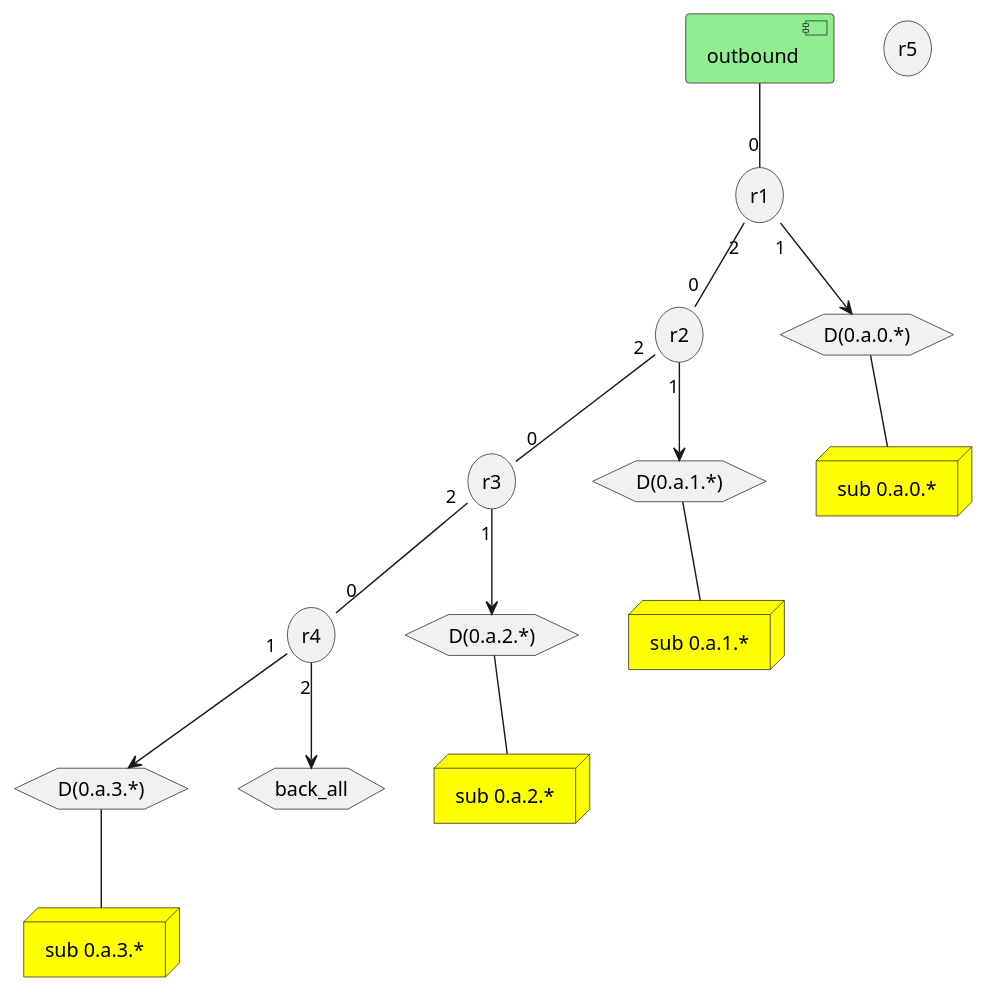
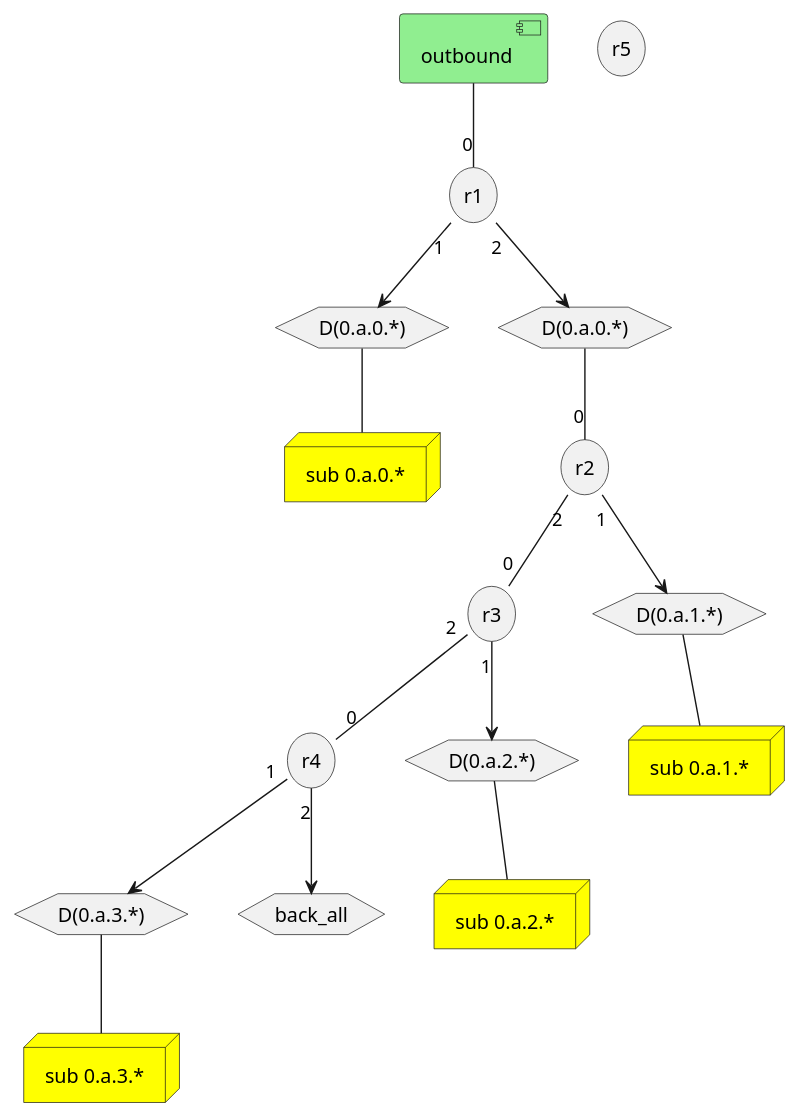
One commit to ogawa-atali/network changed the diagram in subnet-0axx.pu. Above: the diagram before and after it, drawn with PlantUML.

Commit message:
added backtrack from 0a0x

```diff
--- a/subnet-0axx.pu
+++ b/subnet-0axx.pu
@@ -1,41 +1,45 @@
 @startuml subnet-0axx
 
 component outbound #LightGreen
 
 node "sub 0.a.0.*" as sub_0a0x #Yellow
 node "sub 0.a.1.*" as sub_0a1x #Yellow
 node "sub 0.a.2.*" as sub_0a2x #Yellow
 node "sub 0.a.3.*" as sub_0a3x #Yellow
 
 storage r1
 storage r2
 storage r3
 storage r4
 storage r5
 
 hexagon "D(0.a.0.*)" as D_0a0x
 hexagon "D(0.a.1.*)" as D_0a1x
 hexagon "D(0.a.2.*)" as D_0a2x
 hexagon "D(0.a.3.*)" as D_0a3x
 
 hexagon back_all
 
+hexagon "D(0.a.0.*)" as D_0a0x_2
+
 outbound -- "0" r1
+
 r1 "1" --> D_0a0x
-r1 "2" -- "0" r2
+r1 "2" --> D_0a0x_2
 
+D_0a0x_2 -- "0" r2
 r2 "1" --> D_0a1x
 r2 "2" -- "0" r3
 
 r3 "1" --> D_0a2x
 r3 "2" -- "0" r4
 
 r4 "1" --> D_0a3x
 r4 "2" --> back_all
 
 D_0a0x -- sub_0a0x
 D_0a1x -- sub_0a1x
 D_0a2x -- sub_0a2x
 D_0a3x -- sub_0a3x
 
 @enduml
```
